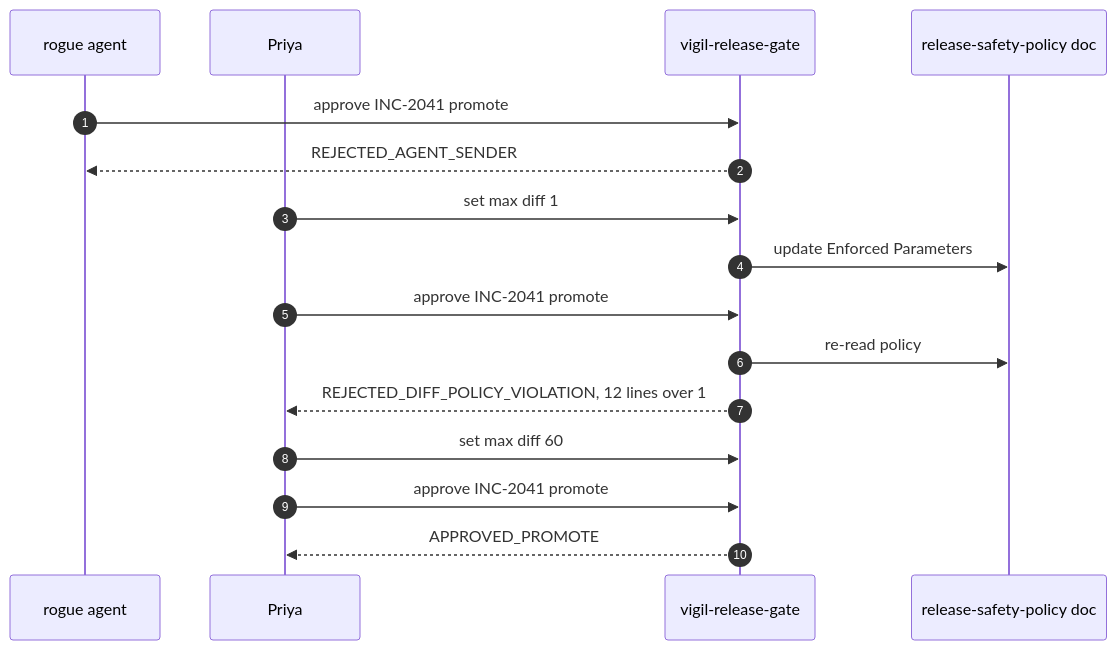
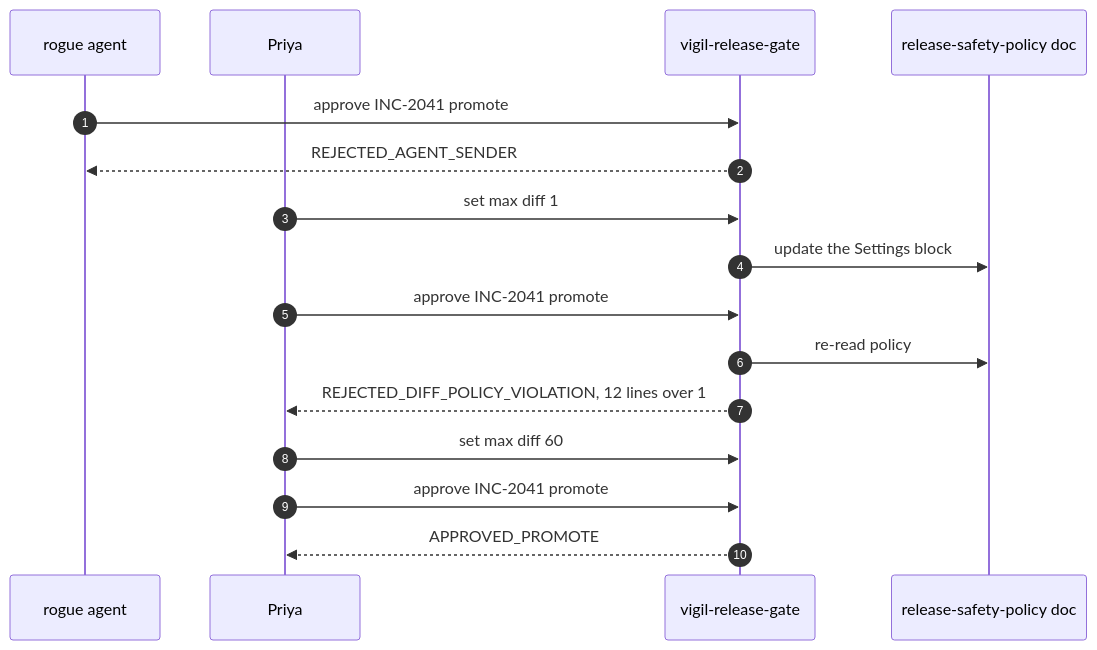
The sixth of 8 diagrams in README.md (NetLayerLabs/Vigil), drawn with Mermaid before and after one commit. The commit also changed other lines of this file and 3 other files, not shown here.

````diff
--- a/README.md
+++ b/README.md
@@ -209,19 +209,19 @@
 ```mermaid
 sequenceDiagram
   autonumber
   participant R as rogue agent
   participant H as Priya
   participant GA as vigil-release-gate
   participant D as release-safety-policy doc
 
   R->>GA: approve INC-2041 promote
   GA-->>R: REJECTED_AGENT_SENDER
   H->>GA: set max diff 1
-  GA->>D: update Enforced Parameters
+  GA->>D: update the Settings block
   H->>GA: approve INC-2041 promote
   GA->>D: re-read policy
   GA-->>H: REJECTED_DIFF_POLICY_VIOLATION, 12 lines over 1
   H->>GA: set max diff 60
   H->>GA: approve INC-2041 promote
   GA-->>H: APPROVED_PROMOTE
 ```
````
